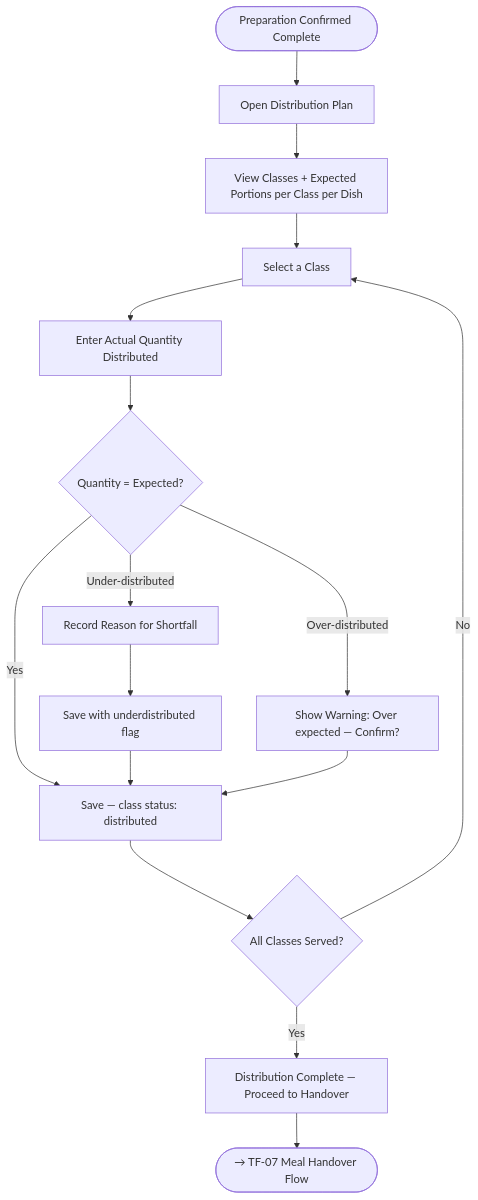
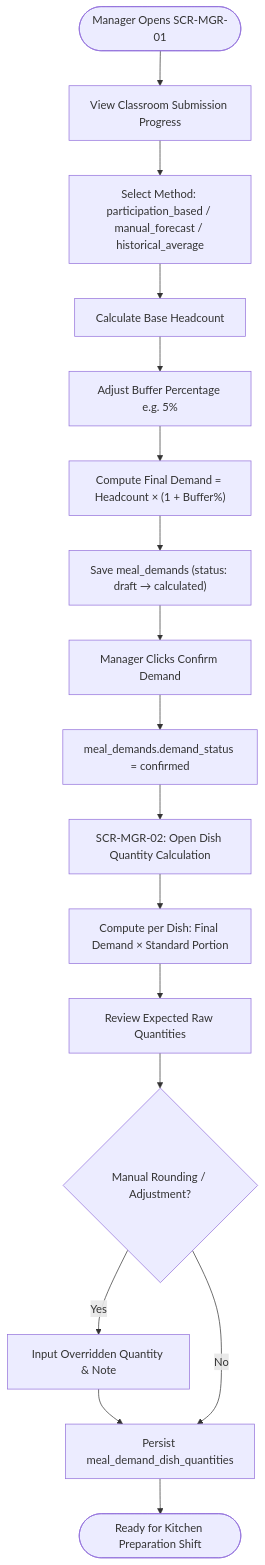
The second of 5 diagrams in docs/04-information-architecture/task-flows.md (Bernie-TruongTQ/PRIMARY_SCHOOL_SEMI-BOARDING_MEAL_MANAGEMENT_SYSTEM), drawn with Mermaid before and after one commit. The commit also changed other lines of this file and 19 other files, not shown here.

Commit message:
docs: add comprehensive top-down documentation covering roles, use cases, information architecture, and traceability

````diff
--- a/docs/04-information-architecture/task-flows.md
+++ b/docs/04-information-architecture/task-flows.md
@@ -168,18 +49,20 @@
 ```mermaid
 flowchart TD
-    A([Preparation Confirmed Complete]) --> B[Open Distribution Plan]
-    B --> C[View Classes + Expected Portions per Class per Dish]
-    C --> D[Select a Class]
-    D --> E[Enter Actual Quantity Distributed]
-    E --> F{Quantity = Expected?}
-    F -->|Yes| G[Save — class status: distributed]
-    F -->|Under-distributed| H[Record Reason for Shortfall]
-    H --> I[Save with underdistributed flag]
-    I --> G
-    F -->|Over-distributed| J[Show Warning: Over expected — Confirm?]
-    J --> G
-    G --> K{All Classes Served?}
-    K -->|No| D
-    K -->|Yes| L[Distribution Complete — Proceed to Handover]
-    L --> TF_07([→ TF-07 Meal Handover Flow])
+    Start([Manager Opens SCR-MGR-01]) --> MonitorProgress[View Classroom Submission Progress]
+    MonitorProgress --> SelectMethod[Select Method: participation_based / manual_forecast / historical_average]
+    SelectMethod --> CalcHeadcount[Calculate Base Headcount]
+    CalcHeadcount --> SetBuffer[Adjust Buffer Percentage e.g. 5%]
+    SetBuffer --> CalcFinalDemand["Compute Final Demand = Headcount × (1 + Buffer%)"]
+    CalcFinalDemand --> SaveDemand["Save meal_demands (status: draft → calculated)"]
+    SaveDemand --> ConfirmDemand[Manager Clicks Confirm Demand]
+    ConfirmDemand --> LockDemand["meal_demands.demand_status = confirmed"]
+    
+    LockDemand --> OpenQuantities[SCR-MGR-02: Open Dish Quantity Calculation]
+    OpenQuantities --> CalcDishes["Compute per Dish: Final Demand × Standard Portion"]
+    CalcDishes --> ReviewDishQty[Review Expected Raw Quantities]
+    ReviewDishQty --> HasOverride{Manual Rounding / Adjustment?}
+    HasOverride -->|Yes| ApplyOverride[Input Overridden Quantity & Note]
+    ApplyOverride --> SaveDishQty[Persist meal_demand_dish_quantities]
+    HasOverride -->|No| SaveDishQty
+    SaveDishQty --> ReadyForPrep([Ready for Kitchen Preparation Shift])
 ```
````
